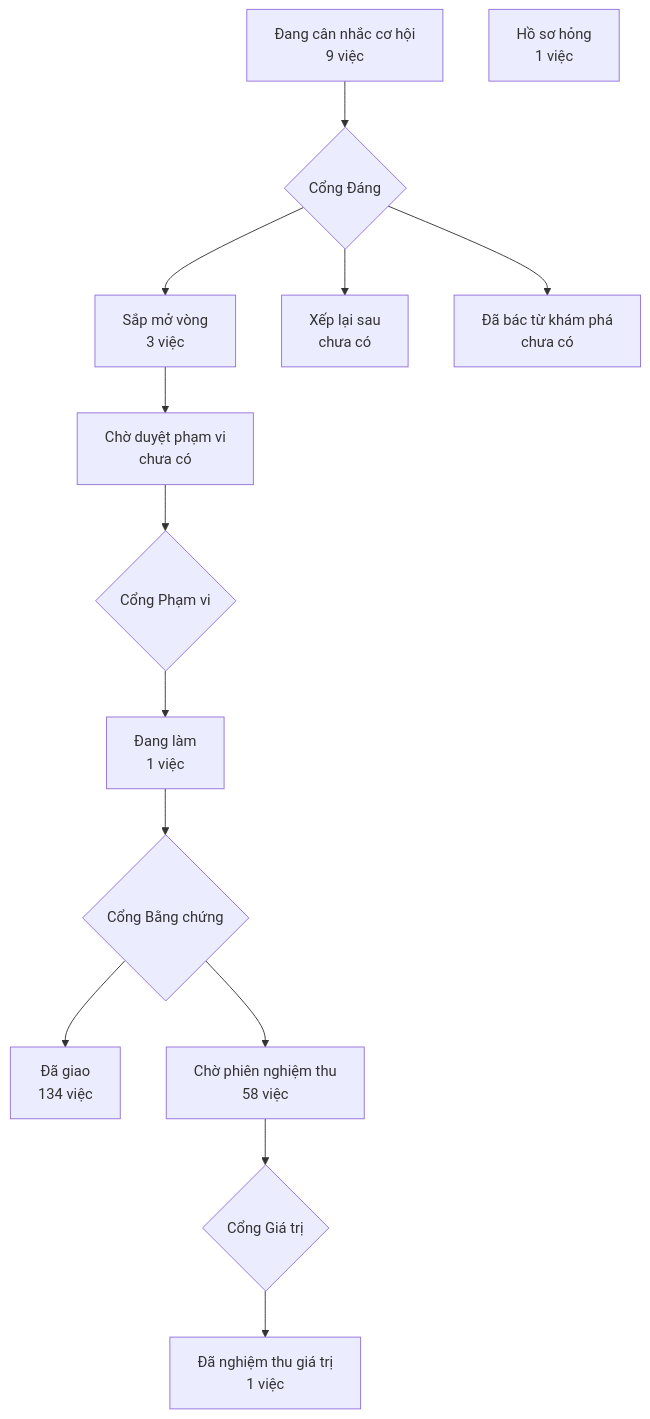
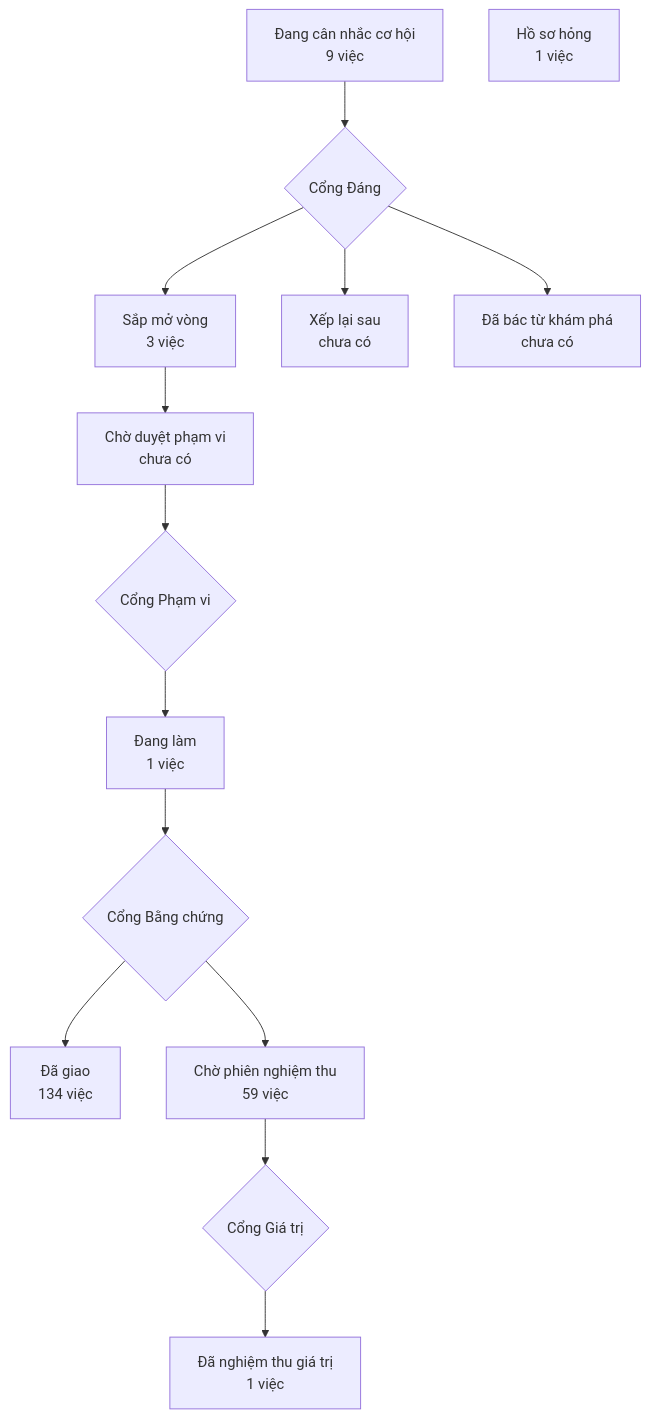
Before and after one commit to phanlemanh/crm-onehub: the diagram in PRODUCT-MAP.md, drawn with Mermaid.

Commit message:
chore: vẽ lại bản đồ sản phẩm từ bản sạch sau gộp onehub 0d045b94f

````diff
--- a/PRODUCT-MAP.md
+++ b/PRODUCT-MAP.md
@@ -7,13 +7,13 @@
 ```mermaid
 flowchart TD
   A["Đang cân nhắc cơ hội<br/>9 việc"] --> GD{"Cổng Đáng"}
   GD --> B["Sắp mở vòng<br/>3 việc"]
   GD --> XL["Xếp lại sau<br/>chưa có"]
   GD --> DB["Đã bác từ khám phá<br/>chưa có"]
   B --> CD["Chờ duyệt phạm vi<br/>chưa có"] --> GP{"Cổng Phạm vi"}
   GP --> DL["Đang làm<br/>1 việc"] --> GB{"Cổng Bằng chứng"}
   GB --> DG["Đã giao<br/>134 việc"]
-  GB --> CN["Chờ phiên nghiệm thu<br/>58 việc"] --> GG{"Cổng Giá trị"}
+  GB --> CN["Chờ phiên nghiệm thu<br/>59 việc"] --> GG{"Cổng Giá trị"}
   GG --> NT["Đã nghiệm thu giá trị<br/>1 việc"]
   HS["Hồ sơ hỏng<br/>1 việc"]
 ```
````
